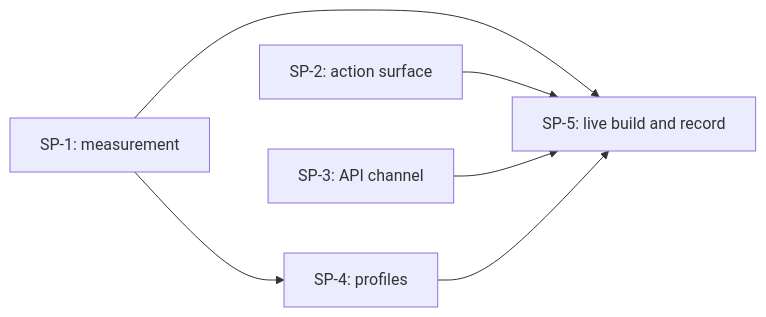
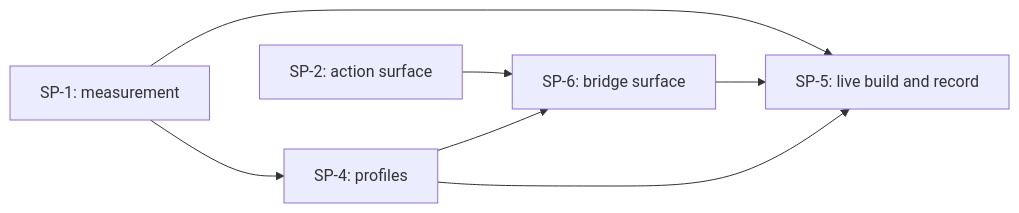
One commit to alvseek/BRYES changed the diagram in plans/2026-10-28-bryes-unreal-driving/core-plan.md. Above: the diagram before and after it, drawn with Mermaid. The commit also changed other lines of this file, not shown here.

Commit message:
docs(plans): BRYES as a bridge for an outside agent, and SP-6 for the primitive surface

````diff
--- a/plans/2026-10-28-bryes-unreal-driving/core-plan.md
+++ b/plans/2026-10-28-bryes-unreal-driving/core-plan.md
@@ -138,8 +141,9 @@
 ```mermaid
 graph LR
     SP1[SP-1: measurement] --> SP4[SP-4: profiles]
     SP1 --> SP5[SP-5: live build and record]
-    SP2[SP-2: action surface] --> SP5
-    SP3[SP-3: API channel] --> SP5
+    SP2[SP-2: action surface] --> SP6[SP-6: bridge surface]
+    SP4 --> SP6
+    SP6 --> SP5
     SP4 --> SP5
 ```
````
